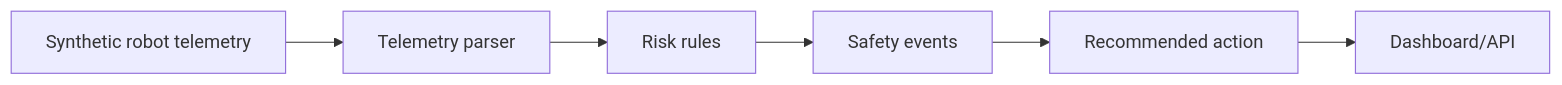
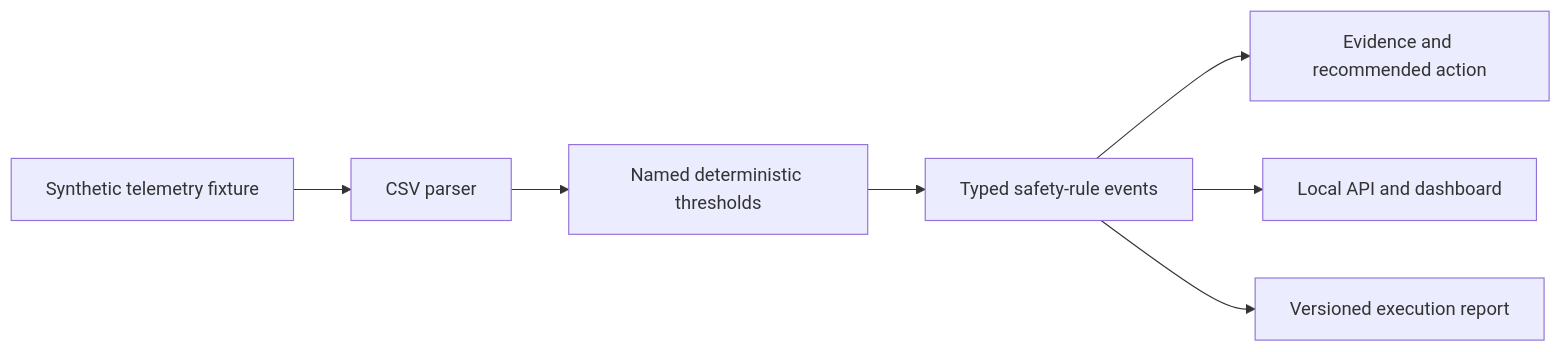
The diagram in projects/site-robot-safety-monitor/README.md (josiahsutd-stack/ai-portfolio), drawn with Mermaid before and after one commit. The commit also changed other lines of this file and 70 other files, not shown here.

````diff
--- a/projects/site-robot-safety-monitor/README.md
+++ b/projects/site-robot-safety-monitor/README.md
@@ -36,8 +38,9 @@
 ```mermaid
 flowchart LR
-  A["Synthetic robot telemetry"] --> B["Telemetry parser"]
-  B --> C["Risk rules"]
-  C --> D["Safety events"]
-  D --> E["Recommended action"]
-  E --> F["Dashboard/API"]
+  A["Synthetic telemetry fixture"] --> B["CSV parser"]
+  B --> C["Named deterministic thresholds"]
+  C --> D["Typed safety-rule events"]
+  D --> E["Evidence and recommended action"]
+  D --> F["Local API and dashboard"]
+  D --> G["Versioned execution report"]
 ```
````
